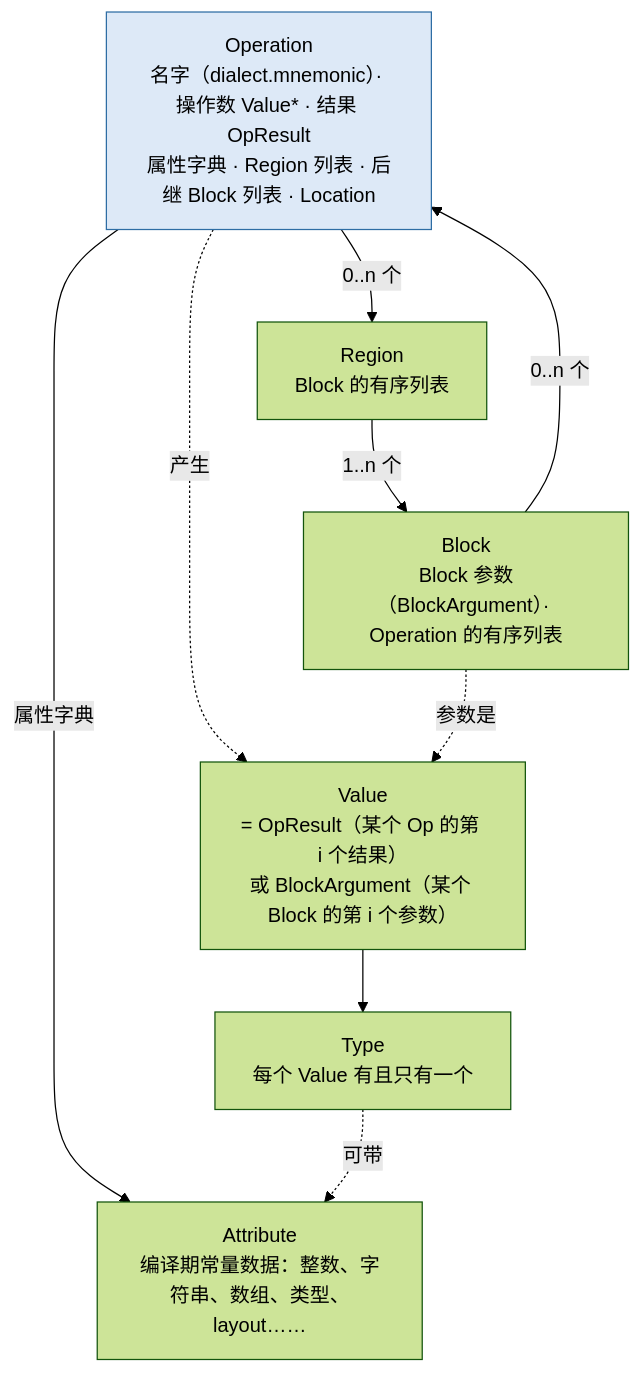
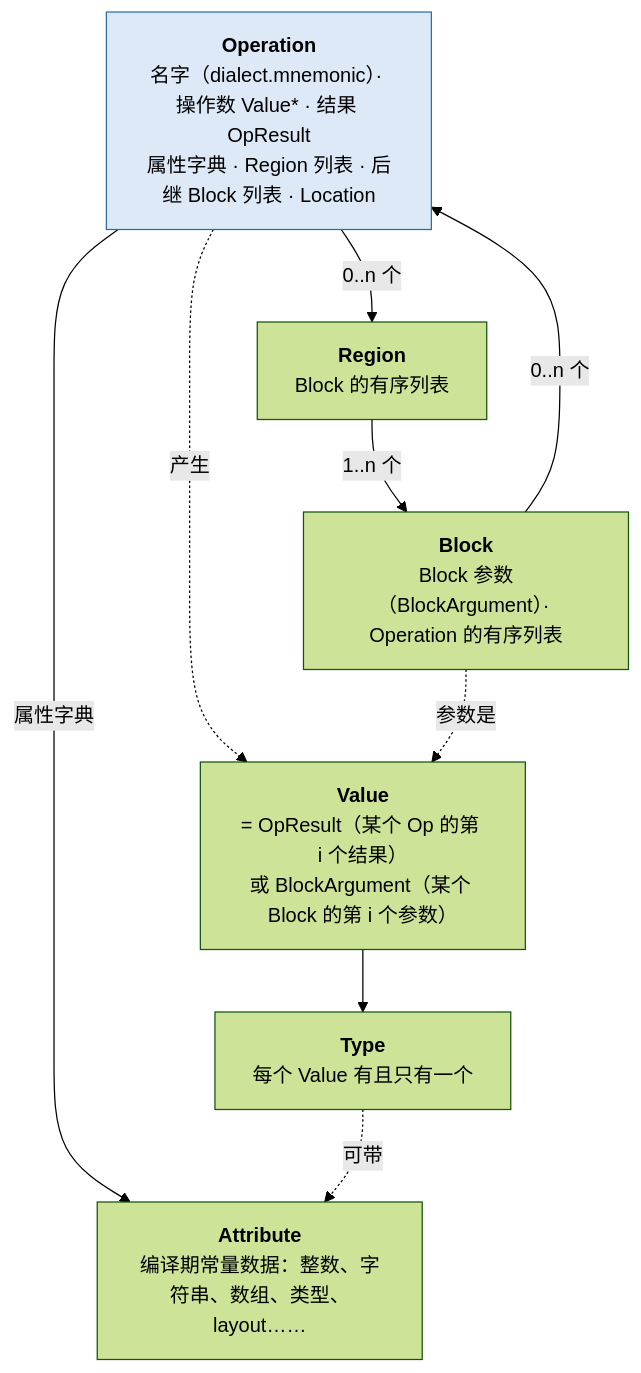
Before and after one commit to arganzheng/arganzheng.github.com: the diagram in _posts/2026-11-24-mlir-ir-structure-dialects-and-ods.md, drawn with Mermaid (forest theme). The commit also changed 8 other files, not shown here.

First line of the commit message:
ML 编译器内部：从 SSA、MLIR 到 Triton 编译器：Mermaid 多行方框的首行标为标题（9 篇）

````diff
--- a/_posts/2026-11-24-mlir-ir-structure-dialects-and-ods.md
+++ b/_posts/2026-11-24-mlir-ir-structure-dialects-and-ods.md
@@ -78,21 +78,21 @@
 ```mermaid
 %% 图：MLIR 的包含关系：Operation 拥有 Region，Region 拥有 Block，Block 拥有 Operation，Value 是 OpResult 或 BlockArgument
 flowchart TB
-    op["Operation<br/>名字（dialect.mnemonic）· 操作数 Value* · 结果 OpResult<br/>属性字典 · Region 列表 · 后继 Block 列表 · Location"]
-    region["Region<br/>Block 的有序列表"]
-    block["Block<br/>Block 参数（BlockArgument）· Operation 的有序列表"]
-    value["Value<br/>= OpResult（某个 Op 的第 i 个结果）<br/>或 BlockArgument（某个 Block 的第 i 个参数）"]
-    type_["Type<br/>每个 Value 有且只有一个"]
-    attr["Attribute<br/>编译期常量数据：整数、字符串、数组、类型、layout……"]
+    op["<b>Operation</b><br/>名字（dialect.mnemonic）· 操作数 Value* · 结果 OpResult<br/>属性字典 · Region 列表 · 后继 Block 列表 · Location"]
+    region["<b>Region</b><br/>Block 的有序列表"]
+    block["<b>Block</b><br/>Block 参数（BlockArgument）· Operation 的有序列表"]
+    value["<b>Value</b><br/>= OpResult（某个 Op 的第 i 个结果）<br/>或 BlockArgument（某个 Block 的第 i 个参数）"]
+    type_["<b>Type</b><br/>每个 Value 有且只有一个"]
+    attr["<b>Attribute</b><br/>编译期常量数据：整数、字符串、数组、类型、layout……"]
     op -- "0..n 个" --> region
     region -- "1..n 个" --> block
     block -- "0..n 个" --> op
     op -. "产生" .-> value
     block -. "参数是" .-> value
     value --> type_
     op -- "属性字典" --> attr
     type_ -. "可带" .-> attr
 
     classDef core fill:#dde9f7,stroke:#2e6da4
     class op core
 ```
````
